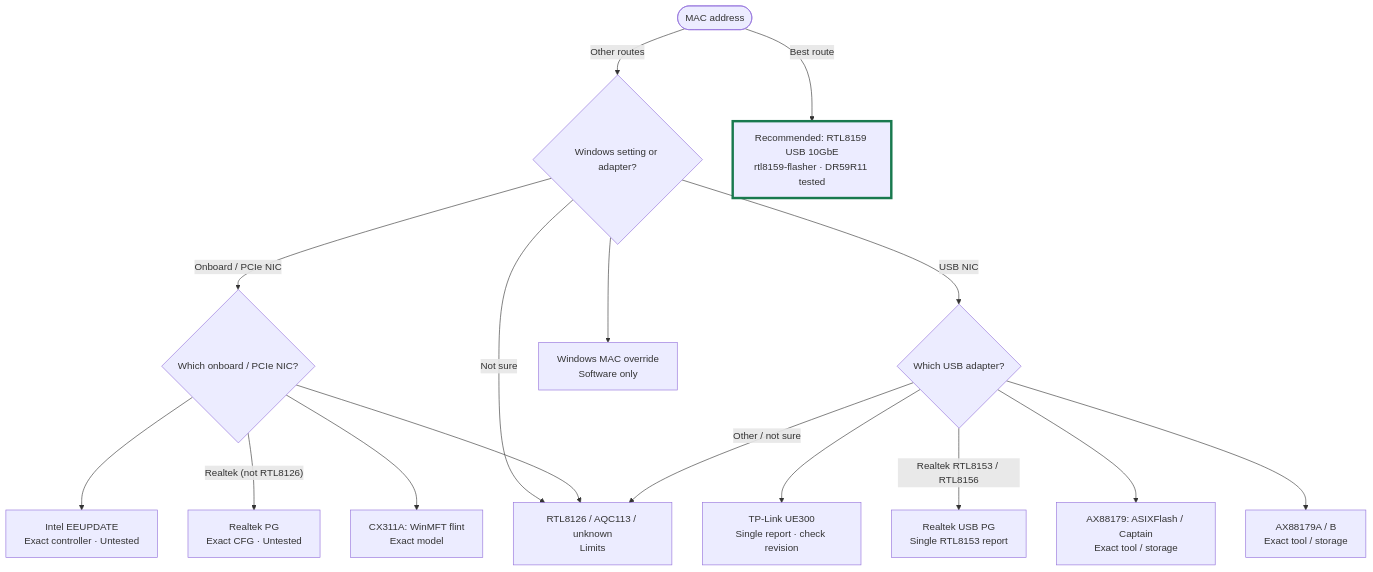
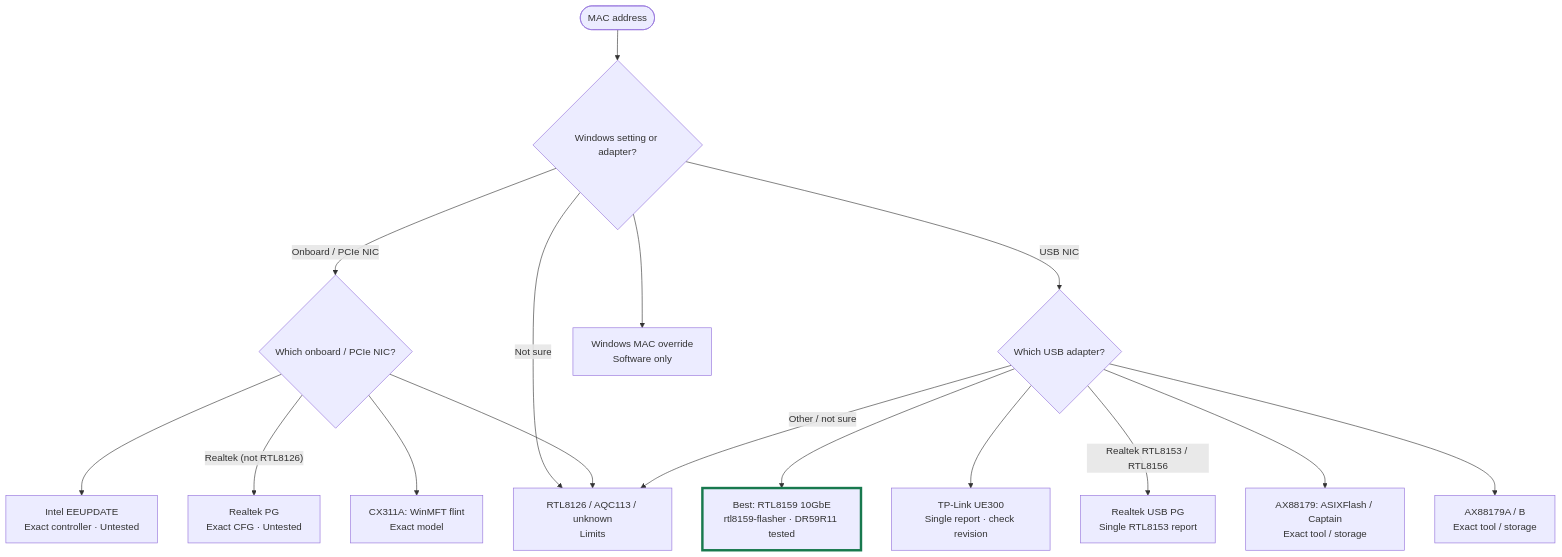
One commit to Fundryi/HWID-Privacy changed the diagram in site/hardware/network.md. Above: the diagram before and after it, drawn with Mermaid. The commit also changed 3 other files, not shown here.

First line of the commit message:
MAC guide: RTL8159 under Which USB adapter, add flasher screenshot

````diff
--- a/site/hardware/network.md
+++ b/site/hardware/network.md
@@ -21,57 +21,57 @@
 ```mermaid
 %% hwid-journey:network
 flowchart TD
   accTitle: MAC address route
   accDescr: Recommended: an RTL8159 USB 10GbE adapter with this project's flasher. Otherwise choose a Windows override or your NIC. Device programming depends on the exact controller, tool and storage.
   j_network_start(["MAC address"])
   j_network_connection{"Windows setting or adapter?"}
   j_network_internal{"Which onboard / PCIe NIC?"}
   j_network_usb{"Which USB adapter?"}
-  j_network_network_rtl8159["Recommended: RTL8159 USB 10GbE\nrtl8159-flasher · DR59R11 tested"]
+  j_network_network_rtl8159["Best: RTL8159 10GbE\nrtl8159-flasher · DR59R11 tested"]
   class j_network_network_rtl8159 journey-procedure
   class j_network_network_rtl8159 journey-recommended
   j_network_network_windows["Windows MAC override\nSoftware only"]
   class j_network_network_windows journey-procedure
   j_network_network_intel["Intel EEUPDATE\nExact controller · Untested"]
   class j_network_network_intel journey-procedure
   j_network_network_realtek_pcie["Realtek PG\nExact CFG · Untested"]
   class j_network_network_realtek_pcie journey-procedure
   j_network_network_realtek_usb["Realtek USB PG\nSingle RTL8153 report"]
   class j_network_network_realtek_usb journey-research
   j_network_network_tplink_ue300["TP-Link UE300\nSingle report · check revision"]
   class j_network_network_tplink_ue300 journey-research
   j_network_network_asix_original["AX88179: ASIXFlash / Captain\nExact tool / storage"]
   class j_network_network_asix_original journey-research
   j_network_network_asix_ab["AX88179A / B\nExact tool / storage"]
   class j_network_network_asix_ab journey-background
   j_network_network_connectx3["CX311A: WinMFT flint\nExact model"]
   class j_network_network_connectx3 journey-procedure
   j_network_network_storage_limits["RTL8126 / AQC113 / unknown\nLimits"]
   class j_network_network_storage_limits journey-limitation
-  j_network_start -->|"Best route"| j_network_network_rtl8159
-  j_network_start -->|"Other routes"| j_network_connection
+  j_network_start --> j_network_connection
   j_network_connection --> j_network_network_windows
   j_network_connection -->|"Onboard / PCIe NIC"| j_network_internal
   j_network_connection -->|"USB NIC"| j_network_usb
   j_network_connection -->|"Not sure"| j_network_network_storage_limits
   j_network_internal --> j_network_network_intel
   j_network_internal -->|"Realtek (not RTL8126)"| j_network_network_realtek_pcie
   j_network_internal --> j_network_network_connectx3
   j_network_internal --> j_network_network_storage_limits
+  j_network_usb --> j_network_network_rtl8159
   j_network_usb --> j_network_network_tplink_ue300
   j_network_usb -->|"Realtek RTL8153 / RTL8156"| j_network_network_realtek_usb
   j_network_usb --> j_network_network_asix_original
   j_network_usb --> j_network_network_asix_ab
   j_network_usb -->|"Other / not sure"| j_network_network_storage_limits
   classDef journey-recommended stroke:#18794e,stroke-width:4px
   click j_network_network_rtl8159 href "https://hwid.idkzal.cc/guides/mac-spoofing/mac-spoofing.html#realtek-rtl8159-10gbe-lekuo-dr59r11-recommended" "RTL8159 USB 10GbE (recommended)" _self
   click j_network_network_windows href "https://hwid.idkzal.cc/guides/mac-spoofing/mac-spoofing.html#windows-networkaddress-override-software-only" "Software override" _self
   click j_network_network_intel href "https://hwid.idkzal.cc/guides/mac-spoofing/mac-spoofing.html#intel-nics" "Intel EEUPDATE" _self
   click j_network_network_realtek_pcie href "https://hwid.idkzal.cc/guides/mac-spoofing/mac-spoofing.html#realtek-nics" "Realtek PG" _self
   click j_network_network_realtek_usb href "https://hwid.idkzal.cc/guides/mac-spoofing/mac-spoofing.html#realtek-usb-nics-update" "RTL8153 / RTL8156" _self
   click j_network_network_tplink_ue300 href "https://hwid.idkzal.cc/guides/mac-spoofing/mac-spoofing.html#tp-link-ue300--rtl8153" "TP-Link UE300" _self
   click j_network_network_asix_original href "https://hwid.idkzal.cc/guides/mac-spoofing/mac-spoofing.html#asix-ax88179ab-now-too" "ASIX AX88179" _self
   click j_network_network_asix_ab href "https://hwid.idkzal.cc/guides/mac-spoofing/mac-spoofing.html#ax88179-storage-and-captain-tool-detail" "AX88179A / B" _self
   click j_network_network_connectx3 href "https://hwid.idkzal.cc/guides/mac-spoofing/mac-spoofing.html#mellanox-connectx-3-cx311a--mcx311a-xcat" "ConnectX-3" _self
   click j_network_network_storage_limits href "https://hwid.idkzal.cc/guides/mac-spoofing/mac-spoofing.html#controller-storage-efuse-eeprom-or-flash" "Controller storage #amp; limits" _self
 ```
````
